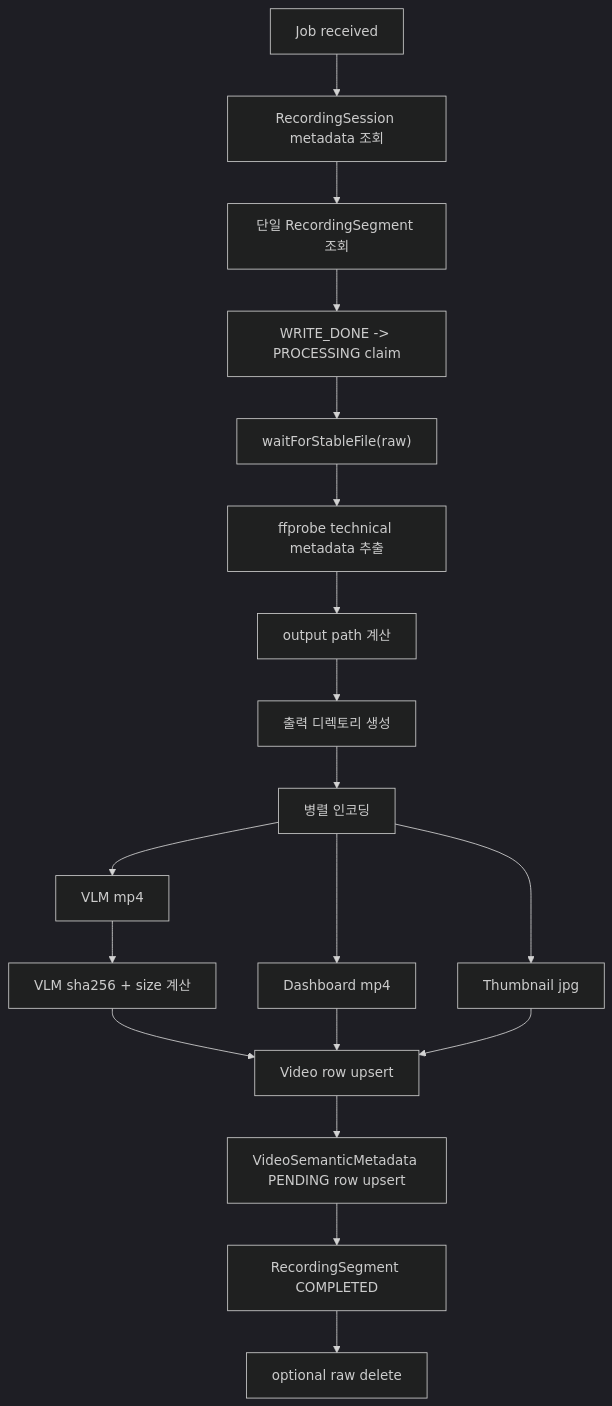
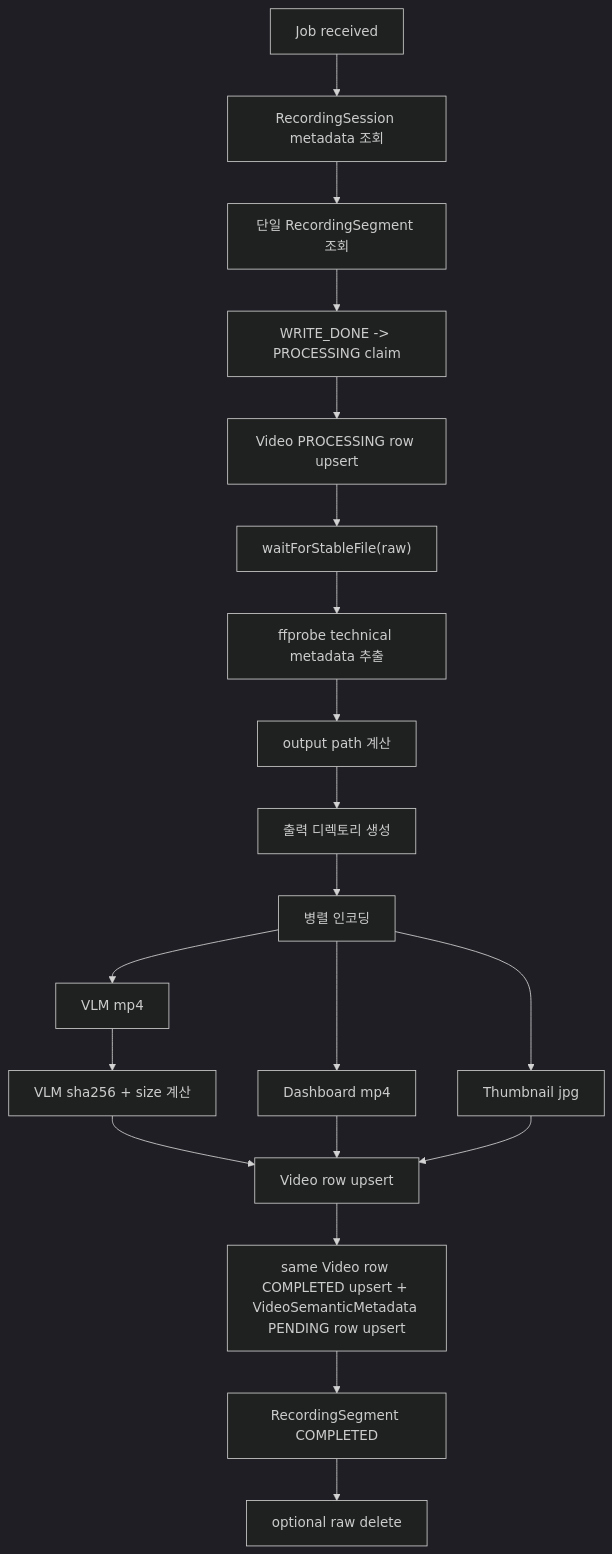
Before and after one commit to ego-flow/ego-flow-server: the second of 2 diagrams in docs/10. project_processing.md, drawn with Mermaid (dark theme). The commit also changed other lines of this file and 22 other files, not shown here.

Commit message:
track video processing progress

````diff
--- a/docs/10. project_processing.md
+++ b/docs/10. project_processing.md
@@ -27,21 +28,22 @@
 ```mermaid
 flowchart TD
     A["Job received"] --> B["RecordingSession metadata 조회"]
     B --> C["단일 RecordingSegment 조회"]
     C --> G["WRITE_DONE -> PROCESSING claim"]
-    G --> F["waitForStableFile(raw)"]
+    G --> P["Video PROCESSING row upsert"]
+    P --> F["waitForStableFile(raw)"]
     F --> H["ffprobe technical metadata 추출"]
     H --> I["output path 계산"]
     I --> J["출력 디렉토리 생성"]
     J --> K["병렬 인코딩"]
     K --> K1["VLM mp4"]
     K --> K2["Dashboard mp4"]
     K --> K3["Thumbnail jpg"]
     K1 --> K4["VLM sha256 + size 계산"]
     K4 --> L["Video row upsert"]
     K2 --> L
     K3 --> L
-    L --> S["VideoSemanticMetadata PENDING row upsert"]
+    L --> S["same Video row COMPLETED upsert + VideoSemanticMetadata PENDING row upsert"]
     S --> M["RecordingSegment COMPLETED"]
     M --> N["optional raw delete"]
 ```
````
